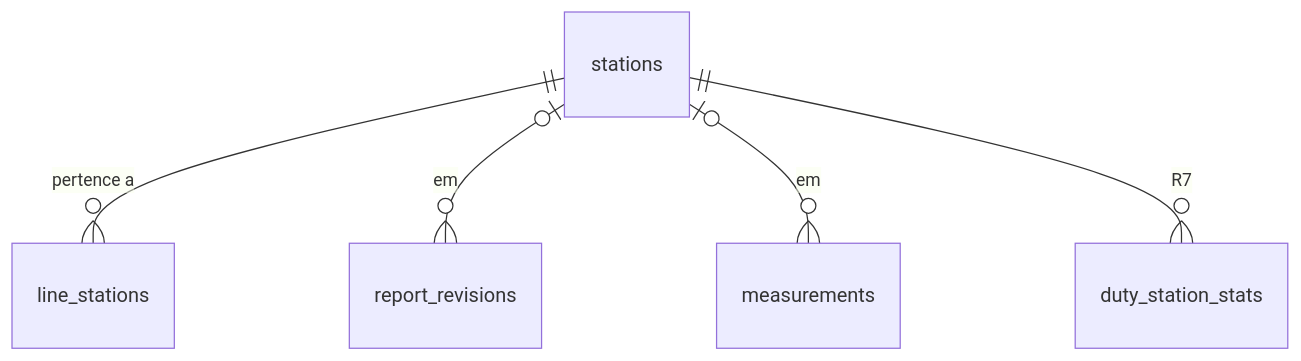
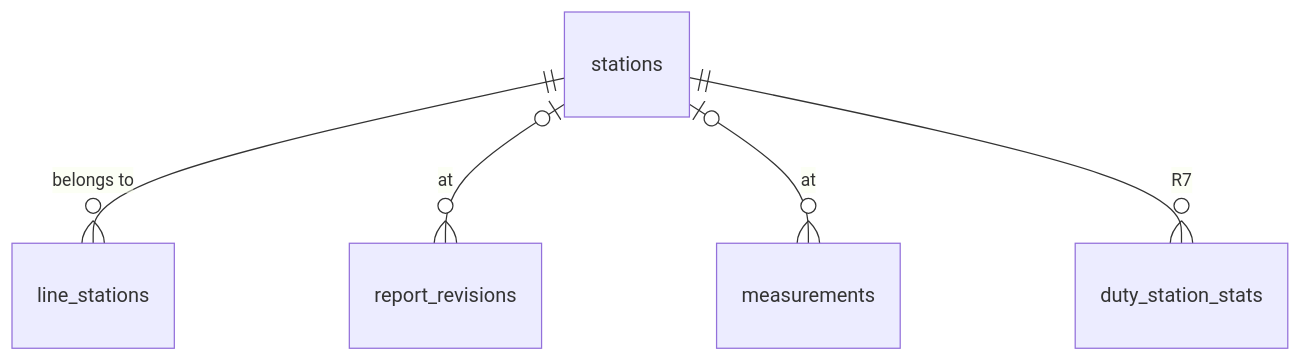
One commit to denysbp/Railtrace changed the third of 17 diagrams in docs/schema.md. Above: the diagram before and after it, drawn with Mermaid. The commit also changed other lines of this file and 64 other files, not shown here.

````diff
--- a/docs/schema.md
+++ b/docs/schema.md
@@ -172,7 +172,7 @@
 ```mermaid
 erDiagram
-    stations ||--o{ line_stations : "pertence a"
-    stations |o--o{ report_revisions : "em"
-    stations |o--o{ measurements : "em"
+    stations ||--o{ line_stations : "belongs to"
+    stations |o--o{ report_revisions : "at"
+    stations |o--o{ measurements : "at"
     stations ||--o{ duty_station_stats : "R7"
 ```
````
